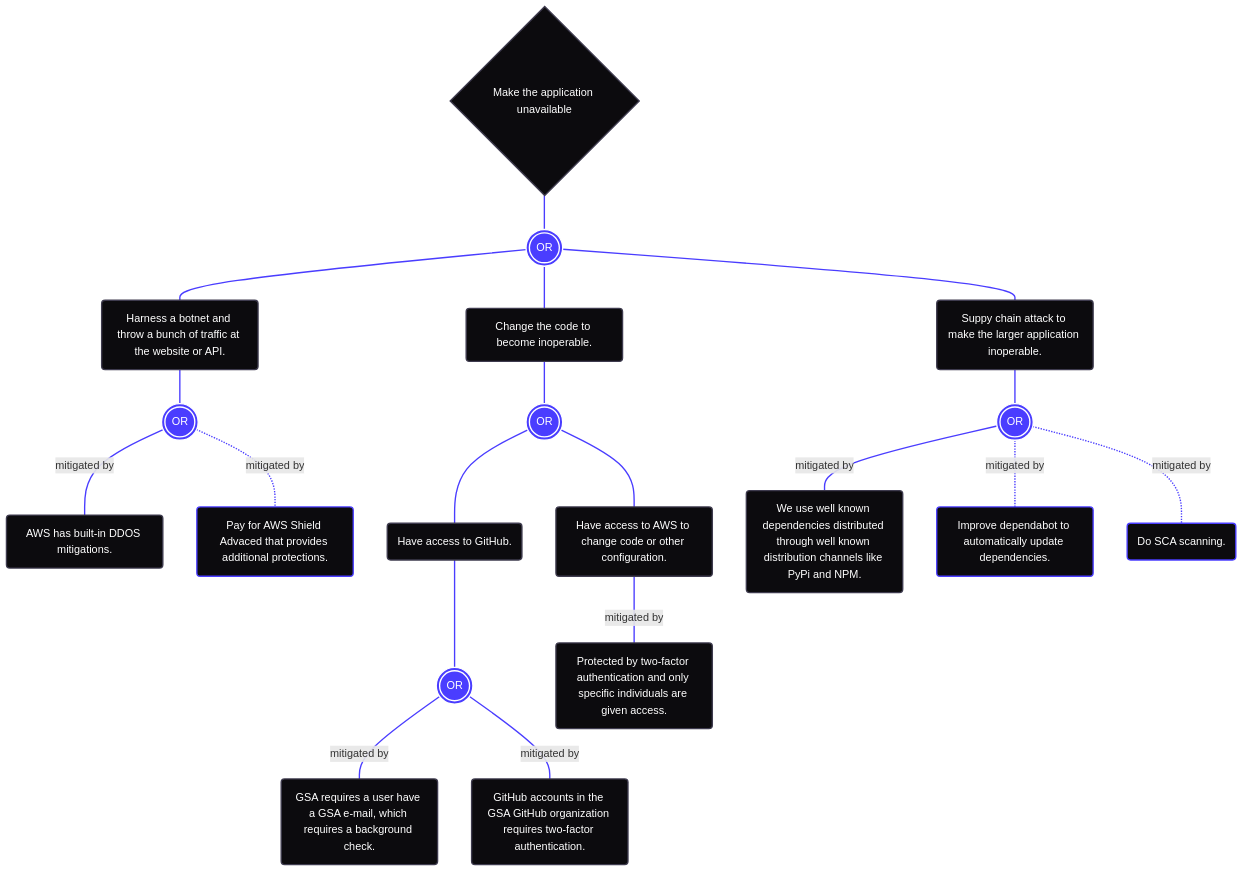
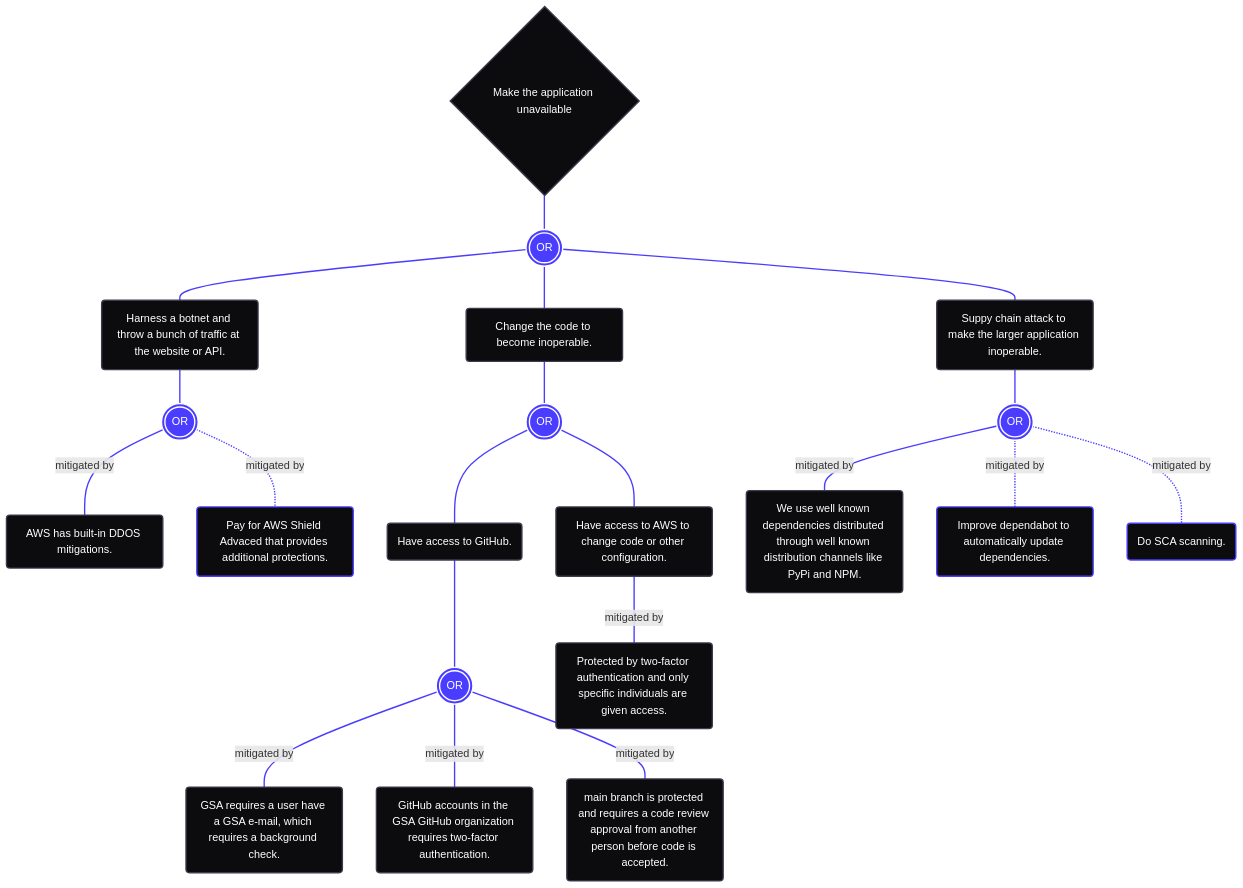
One commit to gsa-tts-archived/document-extractor-poc changed the first of 4 diagrams in docs/THREAT_MODEL.md. Above: the diagram before and after it, drawn with Mermaid. The commit also changed other lines of this file and 1 other file, not shown here.

````diff
--- a/docs/THREAT_MODEL.md
+++ b/docs/THREAT_MODEL.md
@@ -52,36 +53,38 @@
 ```mermaid
 flowchart TD
   A0{Make the application unavailable}:::objective
     A0---B1(((OR))):::booleanOr
       B1---C1(Harness a botnet and throw a bunch of traffic at the website or API.):::condition
         C1---D1(((OR))):::booleanOr
           D1-- mitigated by ---E1(AWS has built-in DDOS mitigations.):::condition
           D1-. mitigated by .-E2(Pay for AWS Shield Advaced that provides additional protections.):::condition
       B1---C2(Change the code to become inoperable.):::condition
         C2---D2(((OR))):::booleanOr
           D2---E3(Have access to GitHub.):::condition
             E3---F1(((OR))):::booleanOr
               F1-- mitigated by ---G1(GSA requires a user have a GSA e-mail, which requires a background check.):::condition
               F1-- mitigated by ---G2(GitHub accounts in the GSA GitHub organization requires two-factor authentication.):::condition
+              F1-- mitigated by ---G3(main branch is protected and requires a code review approval from another person before code is accepted.):::condition
           D2---E4(Have access to AWS to change code or other configuration.):::condition
             E4-- mitigated by ---F2(Protected by two-factor authentication and only specific individuals are given access.):::condition
       B1---C3(Suppy chain attack to make the larger application inoperable.):::condition
         C3---D3(((OR))):::booleanOr
           D3-- mitigated by ---E5(We use well known dependencies distributed through well known distribution channels like PyPi and NPM.):::condition
           D3-. mitigated by .-E6(Improve dependabot to automatically update dependencies.):::condition
           D3-. mitigated by .-E7(Do SCA scanning.):::condition
   classDef objective fill:#0c0b0e,color:#ffffff,stroke:#3e3b4e,stroke-width:2px
   classDef condition fill:#0c0b0e,color:#ffffff,stroke:#3e3b4e,stroke-width:2px
   classDef assumption fill:#0c0b0e,color:#ffffff,stroke:#3e3b4e,stroke-width:2px
   classDef booleanAnd fill:#4a3dff,color:#ffffff,stroke:#ffffff,stroke-width:2px
   classDef booleanOr fill:#4a3dff,color:#ffffff,stroke:#ffffff,stroke-width:2px
   style E1 stroke:#4a3dff,stroke-width:2px,fill:#0c0b0e,color:#ffffff,stroke:#3e3b4e,stroke-width:2px
   style E2 stroke:#4a3dff,stroke-width:2px
   style G1 stroke:#4a3dff,stroke-width:2px,fill:#0c0b0e,color:#ffffff,stroke:#3e3b4e,stroke-width:2px
   style G2 stroke:#4a3dff,stroke-width:2px,fill:#0c0b0e,color:#ffffff,stroke:#3e3b4e,stroke-width:2px
+  style G3 stroke:#4a3dff,stroke-width:2px,fill:#0c0b0e,color:#ffffff,stroke:#3e3b4e,stroke-width:2px
   style F2 stroke:#4a3dff,stroke-width:2px,fill:#0c0b0e,color:#ffffff,stroke:#3e3b4e,stroke-width:2px
   style E5 stroke:#4a3dff,stroke-width:2px,fill:#0c0b0e,color:#ffffff,stroke:#3e3b4e,stroke-width:2px
   style E6 stroke:#4a3dff,stroke-width:2px
   style E7 stroke:#4a3dff,stroke-width:2px
-  linkStyle 0,1,2,3,4,5,6,7,8,9,10,11,12,13,14,15,16,17 stroke:#4a3dff,stroke-width:2px
+  linkStyle 0,1,2,3,4,5,6,7,8,9,10,11,12,13,14,15,16,17,18 stroke:#4a3dff,stroke-width:2px
 ```
````
